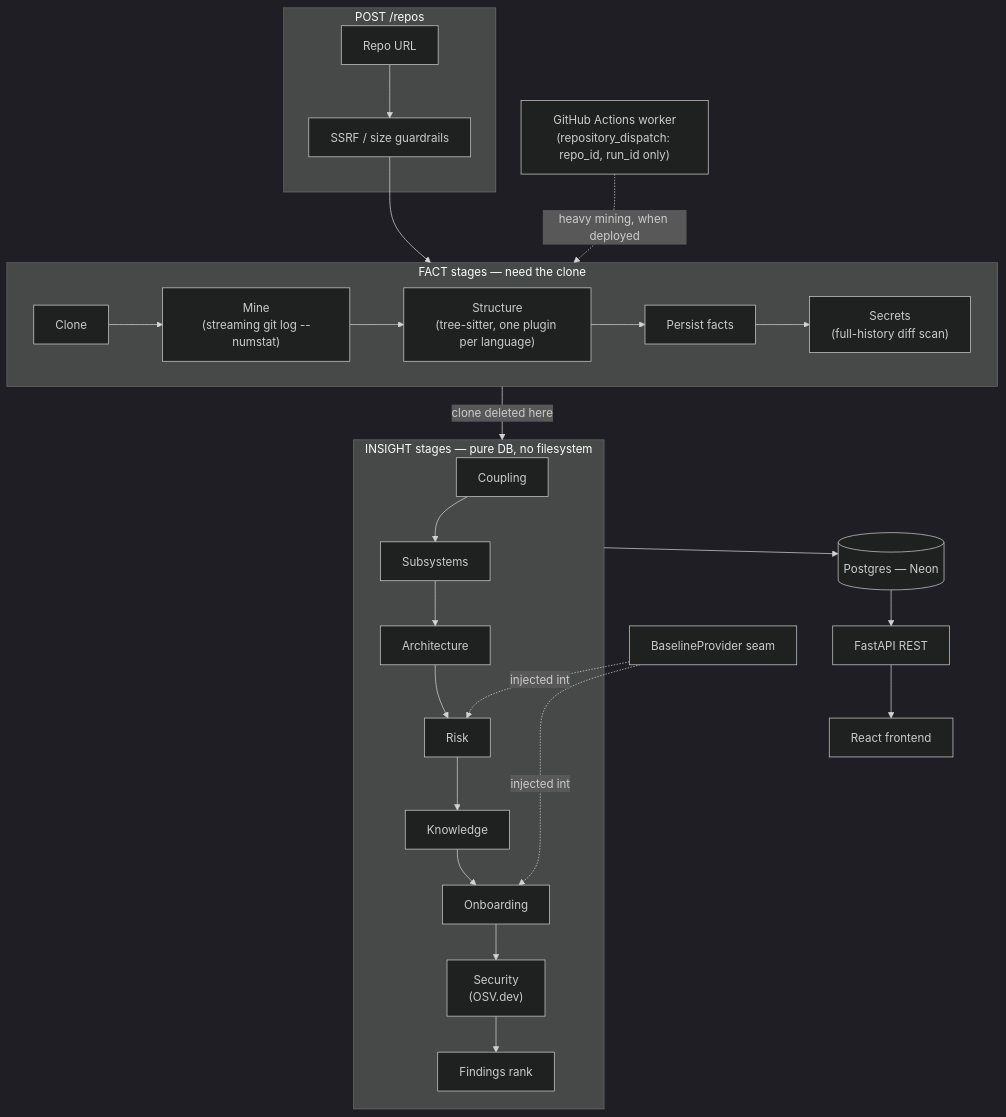
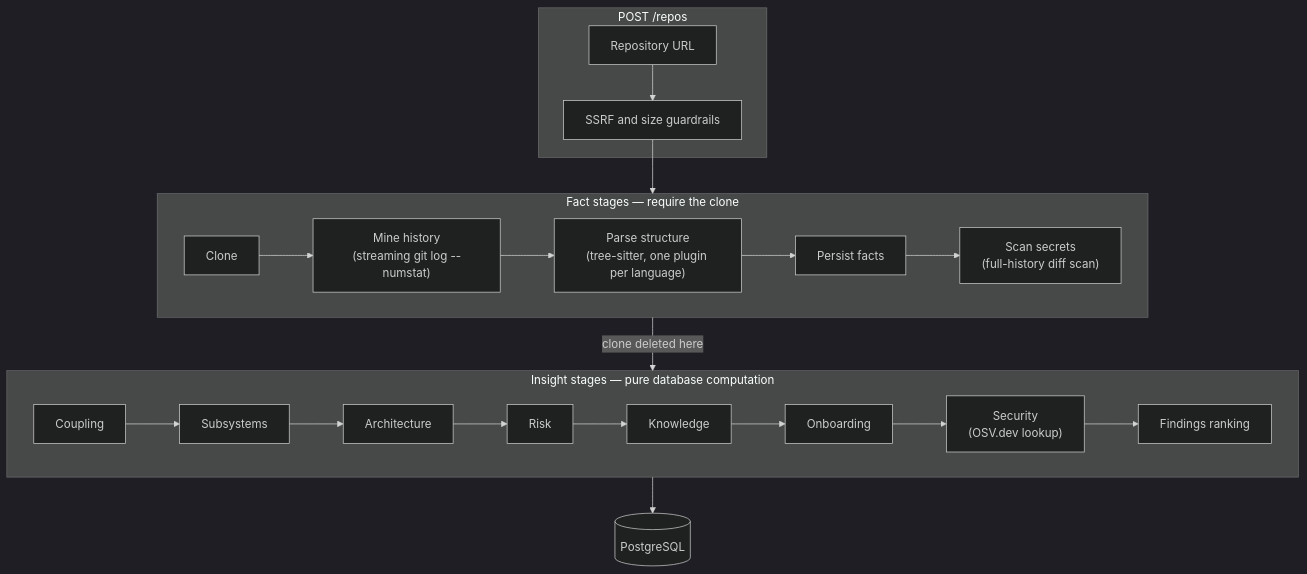
One commit to Yashwanth-R19/compass changed the first of 2 diagrams in README.md. Above: the diagram before and after it, drawn with Mermaid (dark theme). The commit also changed other lines of this file and 30 other files, not shown here.

````diff
--- a/README.md
+++ b/README.md
@@ -74,29 +111,22 @@
 ```mermaid
 flowchart TB
     subgraph submit["POST /repos"]
-        A[Repo URL] --> B[SSRF / size guardrails]
+        A[Repository URL] --> B[SSRF and size guardrails]
     end
 
-    subgraph facts["FACT stages — need the clone"]
-        C[Clone] --> D["Mine<br/>(streaming git log --numstat)"]
-        D --> E["Structure<br/>(tree-sitter, one plugin per language)"]
+    subgraph facts["Fact stages — require the clone"]
+        C[Clone] --> D["Mine history<br/>(streaming git log --numstat)"]
+        D --> E["Parse structure<br/>(tree-sitter, one plugin per language)"]
         E --> F[Persist facts]
-        F --> G["Secrets<br/>(full-history diff scan)"]
+        F --> G["Scan secrets<br/>(full-history diff scan)"]
     end
 
-    subgraph insight["INSIGHT stages — pure DB, no filesystem"]
+    subgraph insight["Insight stages — pure database computation"]
         H[Coupling] --> I[Subsystems] --> J[Architecture] --> K[Risk]
-        K --> L[Knowledge] --> M[Onboarding] --> N["Security<br/>(OSV.dev)"] --> O[Findings rank]
+        K --> L[Knowledge] --> M[Onboarding] --> N["Security<br/>(OSV.dev lookup)"] --> O[Findings ranking]
     end
 
     B --> facts
     facts -->|clone deleted here| insight
-    insight --> P[(Postgres — Neon)]
-    P --> Q[FastAPI REST]
-    Q --> R[React frontend]
-
-    S[BaselineProvider seam] -.injected into.-> K
-    S -.injected into.-> M
-
-    W["GitHub Actions worker<br/>(repository_dispatch: repo_id, run_id only)"] -.heavy mining, when deployed.-> facts
+    insight --> P[(PostgreSQL)]
 ```
````
